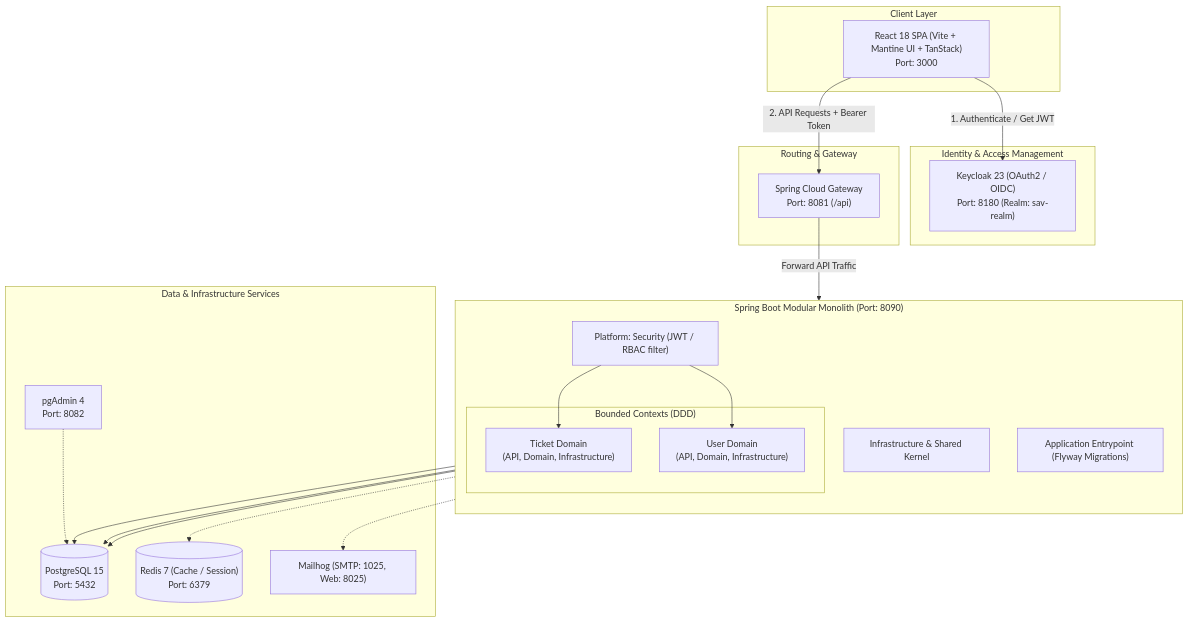
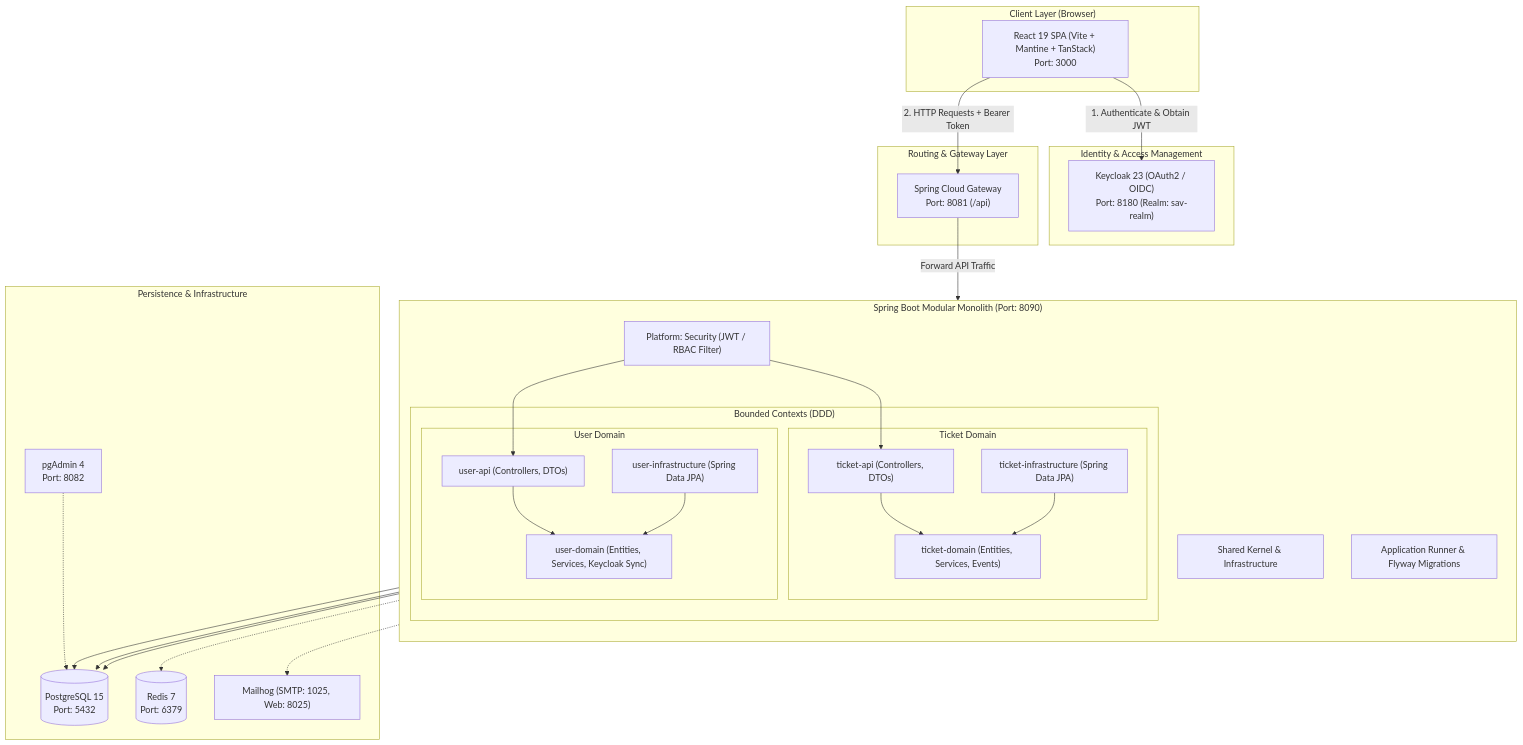
The diagram in Readme.md (lachgar03/omnishift-sav), drawn with Mermaid before and after one commit. The commit also changed other lines of this file and 203 other files, not shown here.

First line of the commit message:
refactor: improve architecture, code quality, test coverage, and documentation

````diff
--- a/Readme.md
+++ b/Readme.md
@@ -47,46 +70,59 @@
 ```mermaid
 flowchart TD
-    subgraph ClientLayer ["Client Layer"]
-        SPA["React 18 SPA (Vite + Mantine UI + TanStack)\nPort: 3000"]
+    subgraph ClientLayer ["Client Layer (Browser)"]
+        SPA["React 19 SPA (Vite + Mantine + TanStack)\nPort: 3000"]
     end
 
     subgraph AuthLayer ["Identity & Access Management"]
         KC["Keycloak 23 (OAuth2 / OIDC)\nPort: 8180 (Realm: sav-realm)"]
     end
 
-    subgraph GatewayLayer ["Routing & Gateway"]
+    subgraph GatewayLayer ["Routing & Gateway Layer"]
         GW["Spring Cloud Gateway\nPort: 8081 (/api)"]
     end
 
     subgraph BackendMonolith ["Spring Boot Modular Monolith (Port: 8090)"]
         direction TB
-        SEC["Platform: Security (JWT / RBAC filter)"]
+        SEC["Platform: Security (JWT / RBAC Filter)"]
         
         subgraph Domains ["Bounded Contexts (DDD)"]
-            TICKET_DOM["Ticket Domain\n(API, Domain, Infrastructure)"]
-            USER_DOM["User Domain\n(API, Domain, Infrastructure)"]
+            subgraph TicketDomain ["Ticket Domain"]
+                T_API["ticket-api (Controllers, DTOs)"]
+                T_DOM["ticket-domain (Entities, Services, Events)"]
+                T_INF["ticket-infrastructure (Spring Data JPA)"]
+                T_API --> T_DOM
+                T_INF --> T_DOM
+            end
+            
+            subgraph UserDomain ["User Domain"]
+                U_API["user-api (Controllers, DTOs)"]
+                U_DOM["user-domain (Entities, Services, Keycloak Sync)"]
+                U_INF["user-infrastructure (Spring Data JPA)"]
+                U_API --> U_DOM
+                U_INF --> U_DOM
+            end
         end
         
-        INFRA["Infrastructure & Shared Kernel"]
-        APP["Application Entrypoint (Flyway Migrations)"]
+        SHARED["Shared Kernel & Infrastructure"]
+        APP["Application Runner & Flyway Migrations"]
     end
 
-    subgraph DataServices ["Data & Infrastructure Services"]
+    subgraph DataServices ["Persistence & Infrastructure"]
         PG[("PostgreSQL 15\nPort: 5432")]
-        REDIS[("Redis 7 (Cache / Session)\nPort: 6379")]
+        REDIS[("Redis 7\nPort: 6379")]
         MAIL["Mailhog (SMTP: 1025, Web: 8025)"]
         PGADMIN["pgAdmin 4\nPort: 8082"]
     end
 
-    SPA -->|1. Authenticate / Get JWT| KC
-    SPA -->|2. API Requests + Bearer Token| GW
+    SPA -->|1. Authenticate & Obtain JWT| KC
+    SPA -->|2. HTTP Requests + Bearer Token| GW
     GW -->|Forward API Traffic| SEC
-    SEC --> TICKET_DOM
-    SEC --> USER_DOM
-    TICKET_DOM --> PG
-    USER_DOM --> PG
+    SEC --> T_API
+    SEC --> U_API
+    T_INF --> PG
+    U_INF --> PG
     APP --> PG
     BackendMonolith -.-> REDIS
     BackendMonolith -.-> MAIL
     PGADMIN -.-> PG
 ```
````
